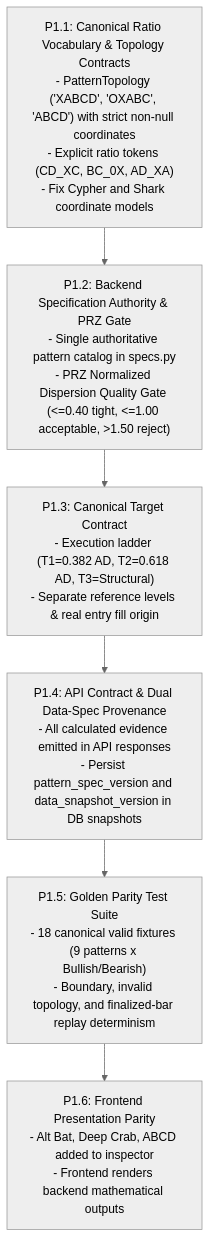
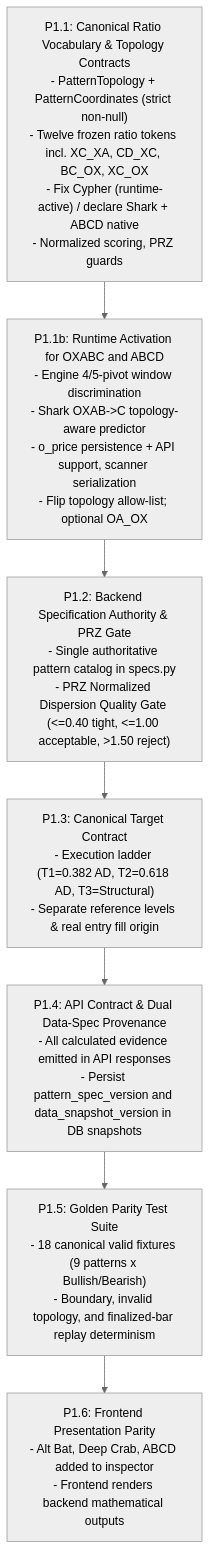
One commit to AI-Pydev/tradestrix-web changed the diagram in docs/HARMONIC_INTELLIGENCE_REVIEW.md. Above: the diagram before and after it, drawn with Mermaid (neutral theme). The commit also changed other lines of this file and 1 other file, not shown here.

Commit message:
docs(harmonics): sync frozen v2.2.3 architecture and P1.1 implementation plan

````diff
--- a/docs/HARMONIC_INTELLIGENCE_REVIEW.md
+++ b/docs/HARMONIC_INTELLIGENCE_REVIEW.md
@@ -374,11 +646,12 @@
 ```mermaid
 flowchart TD
-    P1_1["P1.1: Canonical Ratio Vocabulary & Topology Contracts\n- PatternTopology ('XABCD', 'OXABC', 'ABCD') with strict non-null coordinates\n- Explicit ratio tokens (CD_XC, BC_0X, AD_XA)\n- Fix Cypher and Shark coordinate models"]
+    P1_1["P1.1: Canonical Ratio Vocabulary & Topology Contracts\n- PatternTopology + PatternCoordinates (strict non-null)\n- Twelve frozen ratio tokens incl. XC_XA, CD_XC, BC_OX, XC_OX\n- Fix Cypher (runtime-active) / declare Shark + ABCD native\n- Normalized scoring, PRZ guards"]
+    P1_1b["P1.1b: Runtime Activation for OXABC and ABCD\n- Engine 4/5-pivot window discrimination\n- Shark OXAB->C topology-aware predictor\n- o_price persistence + API support, scanner serialization\n- Flip topology allow-list; optional OA_OX"]
     P1_2["P1.2: Backend Specification Authority & PRZ Gate\n- Single authoritative pattern catalog in specs.py\n- PRZ Normalized Dispersion Quality Gate (<=0.40 tight, <=1.00 acceptable, >1.50 reject)"]
     P1_3["P1.3: Canonical Target Contract\n- Execution ladder (T1=0.382 AD, T2=0.618 AD, T3=Structural)\n- Separate reference levels & real entry fill origin"]
     P1_4["P1.4: API Contract & Dual Data-Spec Provenance\n- All calculated evidence emitted in API responses\n- Persist pattern_spec_version and data_snapshot_version in DB snapshots"]
     P1_5["P1.5: Golden Parity Test Suite\n- 18 canonical valid fixtures (9 patterns x Bullish/Bearish)\n- Boundary, invalid topology, and finalized-bar replay determinism"]
     P1_6["P1.6: Frontend Presentation Parity\n- Alt Bat, Deep Crab, ABCD added to inspector\n- Frontend renders backend mathematical outputs"]
 
-    P1_1 --> P1_2 --> P1_3 --> P1_4 --> P1_5 --> P1_6
+    P1_1 --> P1_1b --> P1_2 --> P1_3 --> P1_4 --> P1_5 --> P1_6
 ```
````
